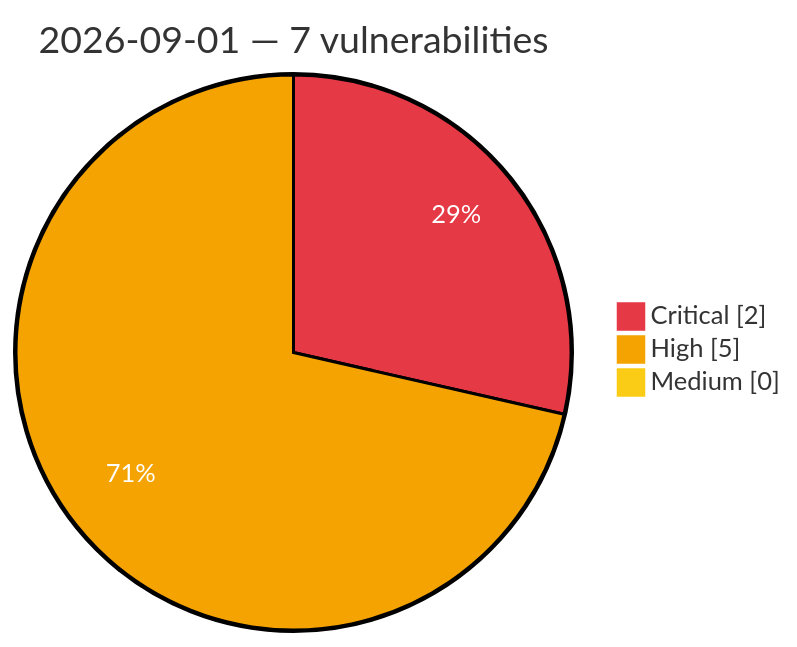
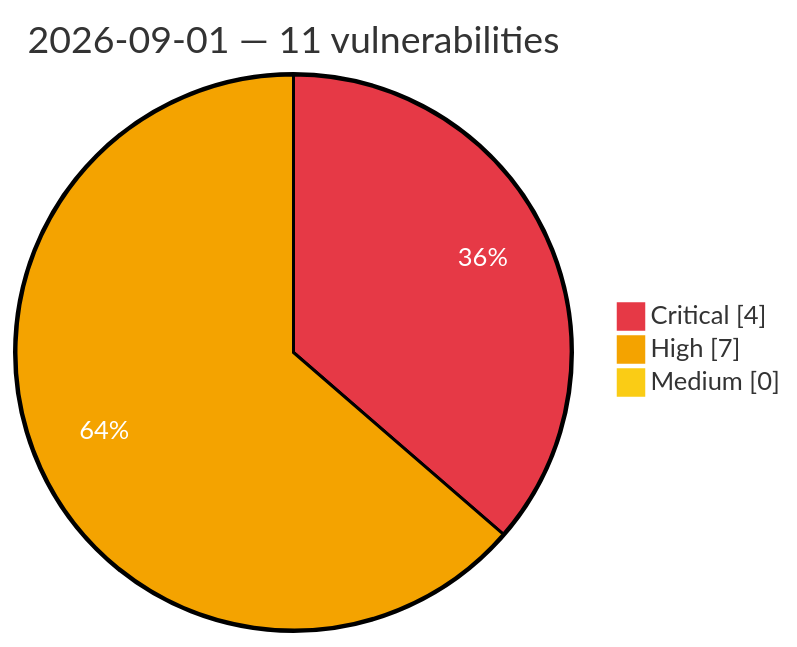
Before and after one commit to GhostX0X/vuln-tracker: the diagram in vulnerabilities/2026/September/2026-09-01.md, drawn with Mermaid. The commit also changed other lines of this file and 5 other files, not shown here.

Commit message:
Auto update: critical/high vulns (2026-09-01 12:02 UTC)

````diff
--- a/vulnerabilities/2026/September/2026-09-01.md
+++ b/vulnerabilities/2026/September/2026-09-01.md
@@ -3,8 +3,8 @@
 ```mermaid
 %%{init: {'theme':'base', 'themeVariables': {'pie1':'#e63946', 'pie2':'#f4a300', 'pie3':'#facc15', 'pieOpacity':'1', 'pieOuterStrokeWidth':'2px', 'pieSectionTextColor':'#ffffff'}}}%%
 pie showData
-    title 2026-09-01 — 7 vulnerabilities
-    "Critical" : 2
-    "High" : 5
+    title 2026-09-01 — 11 vulnerabilities
+    "Critical" : 4
+    "High" : 7
     "Medium" : 0
 ```
````
